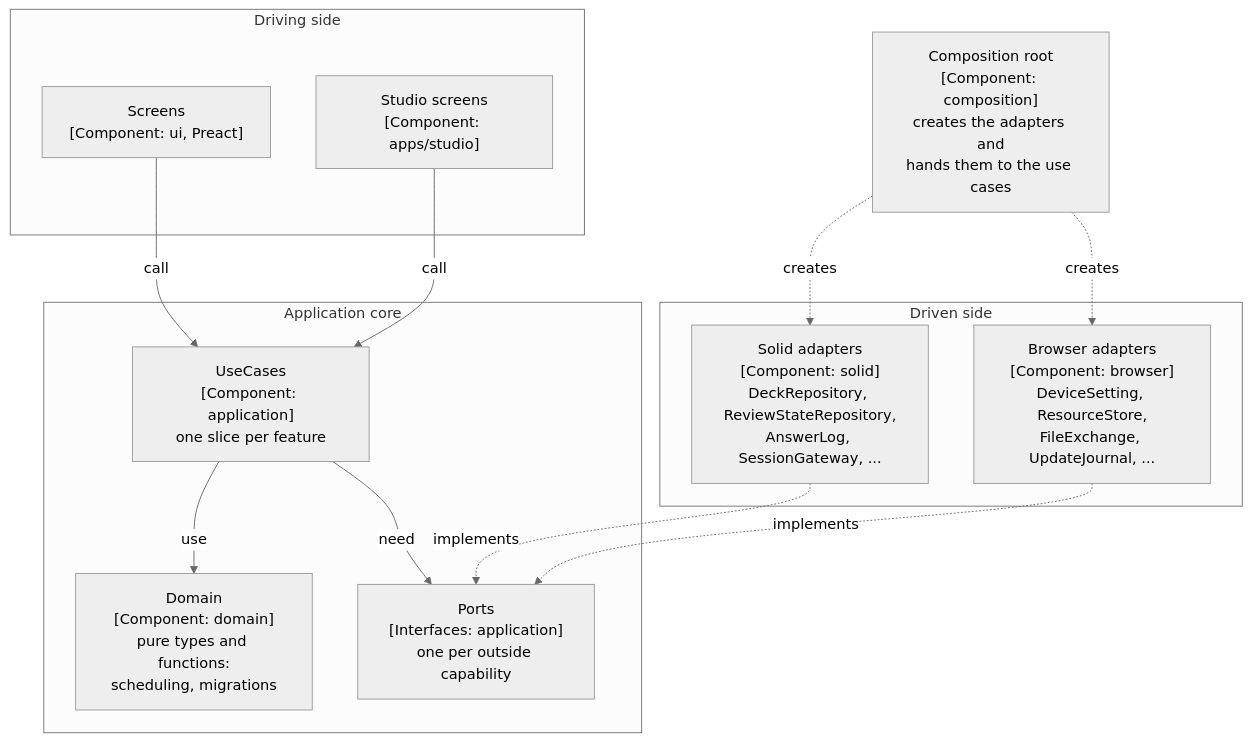
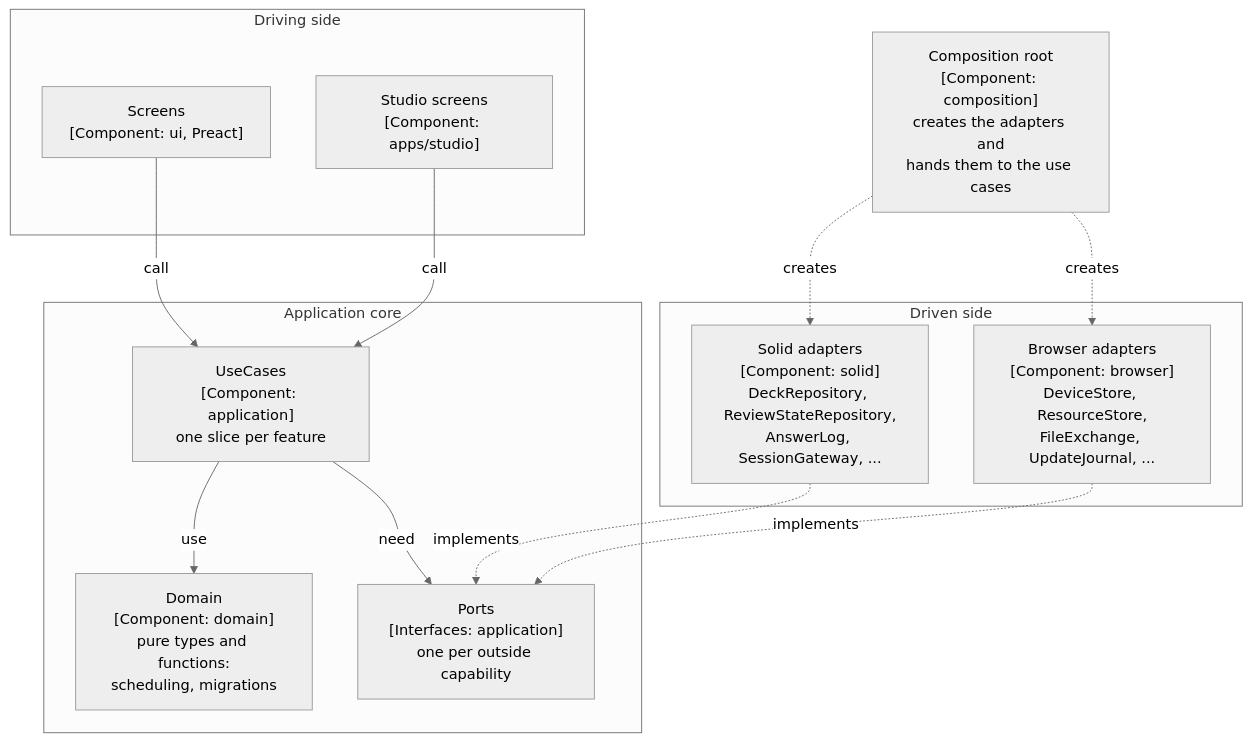
Before and after one commit to solid-memo/website: the third of 7 diagrams in docs/architecture.md, drawn with Mermaid (neutral theme). The commit also changed 35 other files, not shown here.

First line of the commit message:
refactor(application): keep the language, settings and highlights seen through the device store

````diff
--- a/docs/architecture.md
+++ b/docs/architecture.md
@@ -99,27 +99,27 @@
 ```mermaid
 flowchart TB
     accTitle: Ports and adapters inside Solid Memo
     accDescr: The screens call the use cases, which use the domain's pure functions and reach the outside only through ports; the Solid and browser adapters implement the ports, and the composition root creates the adapters and hands them to the use cases.
     subgraph driving["Driving side"]
         screens["Screens<br/>[Component: ui, Preact]"]
         studioScreens["Studio screens<br/>[Component: apps/studio]"]
     end
     subgraph core["Application core"]
         useCases["UseCases<br/>[Component: application]<br/>one slice per feature"]
         domain["Domain<br/>[Component: domain]<br/>pure types and functions:<br/>scheduling, migrations"]
         ports["Ports<br/>[Interfaces: application]<br/>one per outside capability"]
     end
     subgraph driven["Driven side"]
         solid["Solid adapters<br/>[Component: solid]<br/>DeckRepository, ReviewStateRepository,<br/>AnswerLog, SessionGateway, ..."]
-        browserAdapters["Browser adapters<br/>[Component: browser]<br/>DeviceSetting, ResourceStore,<br/>FileExchange, UpdateJournal, ..."]
+        browserAdapters["Browser adapters<br/>[Component: browser]<br/>DeviceStore, ResourceStore,<br/>FileExchange, UpdateJournal, ..."]
     end
     root["Composition root<br/>[Component: composition]<br/>creates the adapters and<br/>hands them to the use cases"]
     screens -->|"call"| useCases
     studioScreens -->|"call"| useCases
     useCases -->|"use"| domain
     useCases -->|"need"| ports
     solid -.->|"implements"| ports
     browserAdapters -.->|"implements"| ports
     root -.->|"creates"| solid
     root -.->|"creates"| browserAdapters
 ```
````
